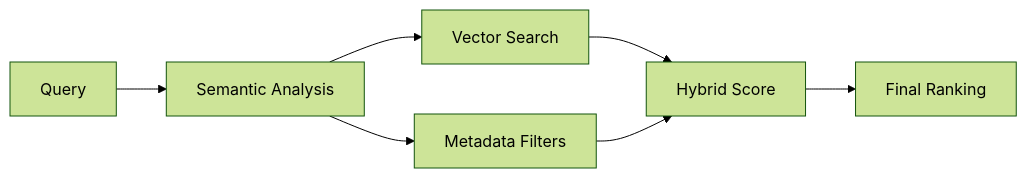
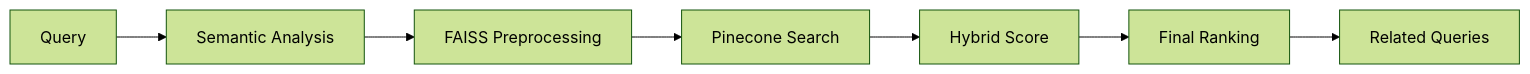
The first of 4 diagrams in README.md (felipepimentel/plexure-api-search), drawn with Mermaid (forest theme) before and after one commit. The commit also changed other lines of this file, not shown here.

````diff
--- a/README.md
+++ b/README.md
@@ -18,9 +20,9 @@
 ```mermaid
 graph LR
     A[Query] --> B[Semantic Analysis]
-    B --> C[Vector Search]
-    B --> D[Metadata Filters]
-    C --> E[Hybrid Score]
-    D --> E
+    B --> C[FAISS Preprocessing]
+    C --> D[Pinecone Search]
+    D --> E[Hybrid Score]
     E --> F[Final Ranking]
+    F --> G[Related Queries]
 ```
````
